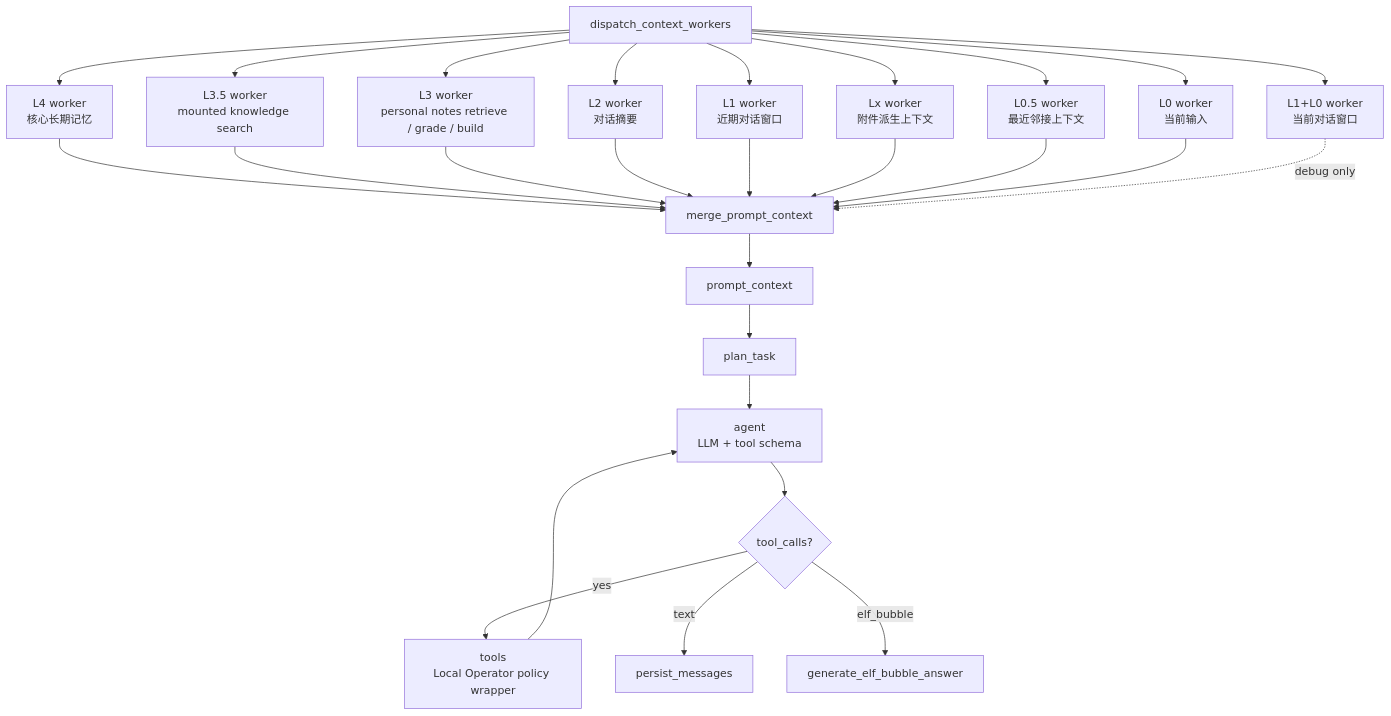
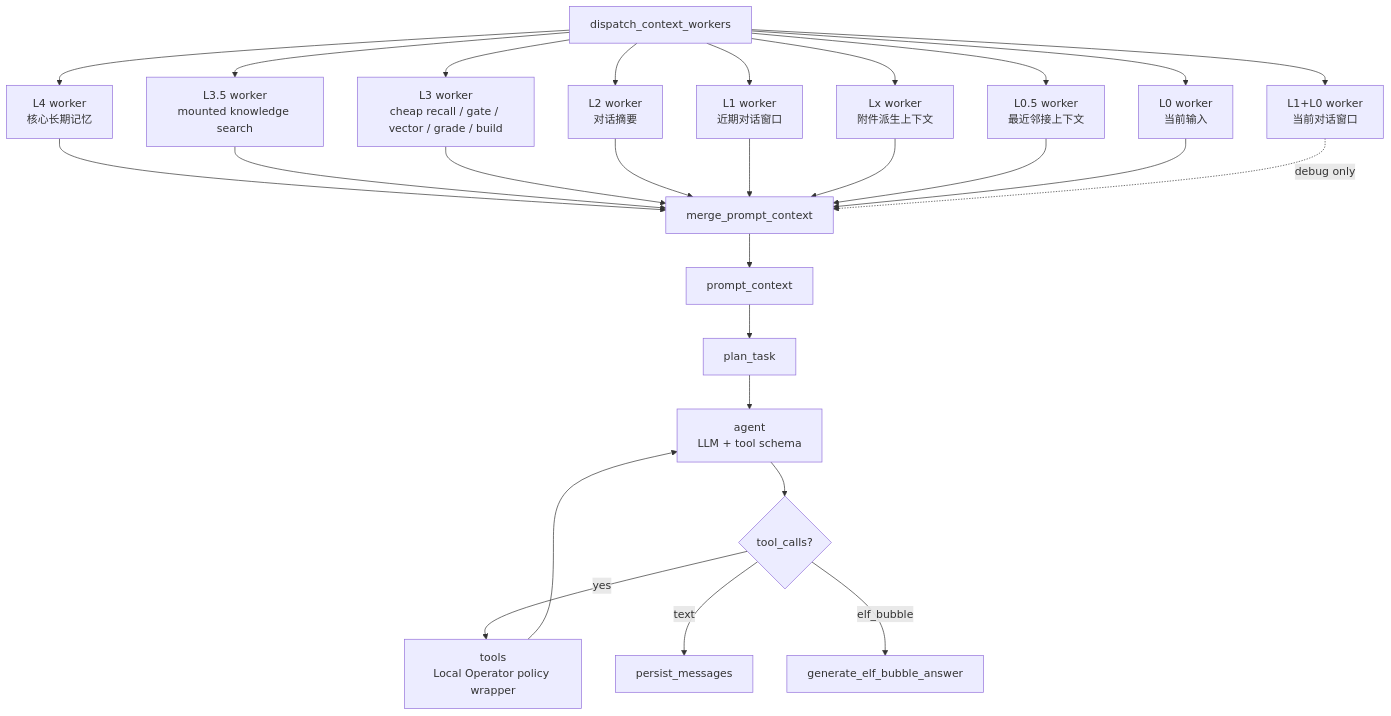
Before and after one commit to LiuJiaxuan1024/AiMemo: the second of 5 diagrams in docs/agent/memory-chat-graph.md, drawn with Mermaid. The commit also changed other lines of this file and 10 other files, not shown here.

Commit message:
perf: use cheap recall for note retrieval

````diff
--- a/docs/agent/memory-chat-graph.md
+++ b/docs/agent/memory-chat-graph.md
@@ -522,31 +536,31 @@
 ```mermaid
 flowchart TD
     Dispatch[dispatch_context_workers] --> L4[L4 worker<br/>核心长期记忆]
     Dispatch --> K35[L3.5 worker<br/>mounted knowledge search]
-    Dispatch --> L3[L3 worker<br/>personal notes retrieve / grade / build]
+    Dispatch --> L3[L3 worker<br/>cheap recall / gate / vector / grade / build]
     Dispatch --> L2[L2 worker<br/>对话摘要]
     Dispatch --> L1[L1 worker<br/>近期对话窗口]
     Dispatch --> LX[Lx worker<br/>附件派生上下文]
     Dispatch --> L05[L0.5 worker<br/>最近邻接上下文]
     Dispatch --> L0[L0 worker<br/>当前输入]
     Dispatch --> Window[L1+L0 worker<br/>当前对话窗口]
 
     L4 --> Merge[merge_prompt_context]
     K35 --> Merge
     L3 --> Merge
     L2 --> Merge
     L1 --> Merge
     LX --> Merge
     L05 --> Merge
     L0 --> Merge
     Window -. debug only .-> Merge
 
     Merge --> Prompt[prompt_context]
     Prompt --> Plan[plan_task]
     Plan --> Agent[agent<br/>LLM + tool schema]
     Agent --> Route{tool_calls?}
     Route -->|yes| Tools[tools<br/>Local Operator policy wrapper]
     Tools --> Agent
     Route -->|text| Persist[persist_messages]
     Route -->|elf_bubble| BubbleGenerate[generate_elf_bubble_answer]
 ```
````
